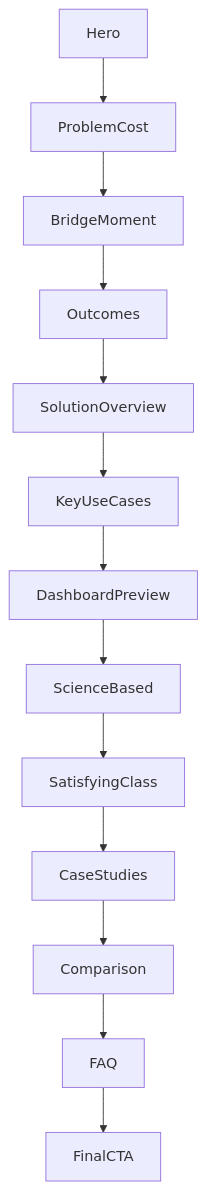
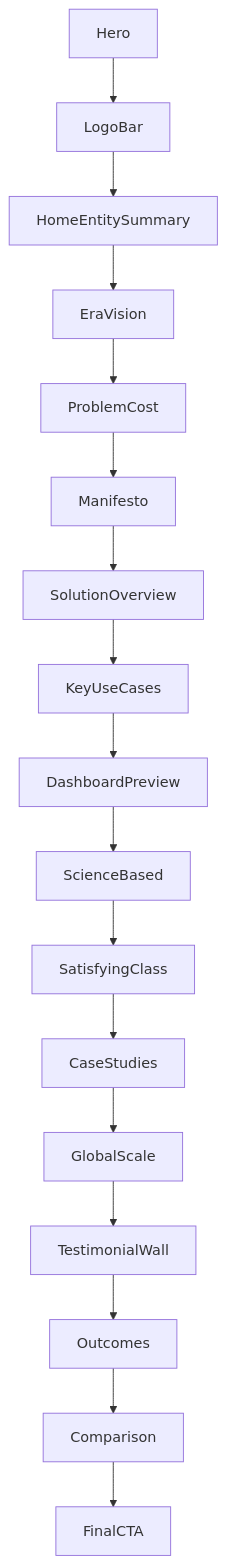
One commit to classinkr-main/classinkr-web changed the third of 11 diagrams in docs/active/visualization-map.md. Above: the diagram before and after it, drawn with Mermaid. The commit also changed other lines of this file and 2 other files, not shown here.

Commit message:
chore: dead BridgeMoment 섹션 제거
app/page.tsx에서 참조가 사라진 지 오래인 컴포넌트를 정리한다.
팔레트 위반(emerald 계열) 색상도 함께 제거된다.

````diff
--- a/docs/active/visualization-map.md
+++ b/docs/active/visualization-map.md
@@ -52,15 +52,19 @@
 ```mermaid
 flowchart TD
-    HERO["Hero"] --> PROBLEM["ProblemCost"]
-    PROBLEM --> BRIDGE["BridgeMoment"]
-    BRIDGE --> OUTCOMES["Outcomes"]
-    OUTCOMES --> SOLUTION["SolutionOverview"]
+    HERO["Hero"] --> LOGO["LogoBar"]
+    LOGO --> ENTITY["HomeEntitySummary"]
+    ENTITY --> ERA["EraVision"]
+    ERA --> PROBLEM["ProblemCost"]
+    PROBLEM --> MANIFESTO["Manifesto"]
+    MANIFESTO --> SOLUTION["SolutionOverview"]
     SOLUTION --> USECASES["KeyUseCases"]
     USECASES --> DASHBOARD["DashboardPreview"]
     DASHBOARD --> SCIENCE["ScienceBased"]
     SCIENCE --> SATISFY["SatisfyingClass"]
     SATISFY --> CASES["CaseStudies"]
-    CASES --> COMPARE["Comparison"]
-    COMPARE --> FAQ["FAQ"]
-    FAQ --> FINALCTA["FinalCTA"]
+    CASES --> GLOBAL["GlobalScale"]
+    GLOBAL --> TESTIMONIAL["TestimonialWall"]
+    TESTIMONIAL --> OUTCOMES["Outcomes"]
+    OUTCOMES --> COMPARE["Comparison"]
+    COMPARE --> FINALCTA["FinalCTA"]
 ```
````
